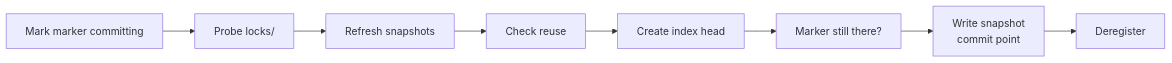
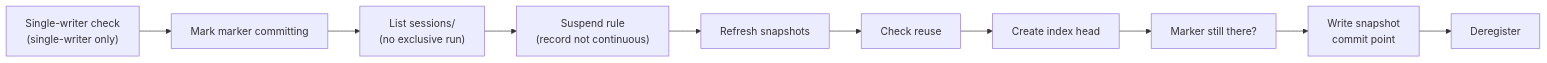
Before and after one commit to borgbase/vykar: the third of 7 diagrams in docs/src/content/docs/architecture.md, drawn with Mermaid. The commit also changed other lines of this file and 14 other files, not shown here.

First line of the commit message:
docs!: one protocol — encrypted repositories, recorded commit mode, sessions only

````diff
--- a/docs/src/content/docs/architecture.md
+++ b/docs/src/content/docs/architecture.md
@@ -620,10 +596,12 @@
 ```mermaid
 flowchart LR
-    mark["Mark marker committing"] --> probe["Probe locks/"]
-    probe --> refresh["Refresh snapshots"]
-    refresh --> check["Check reuse"]
-    check --> persist["Create index head"]
-    persist --> present["Marker still there?"]
+    check["Single-writer check<br/>(single-writer only)"] --> mark["Mark marker committing"]
+    mark --> list["List sessions/<br/>(no exclusive run)"]
+    list --> rule["Suspend rule<br/>(record not continuous)"]
+    rule --> refresh["Refresh snapshots"]
+    refresh --> reuse["Check reuse"]
+    reuse --> head["Create index head"]
+    head --> present["Marker still there?"]
     present --> commit["Write snapshot<br/>commit point"]
     commit --> cleanup["Deregister"]
 ```
````
